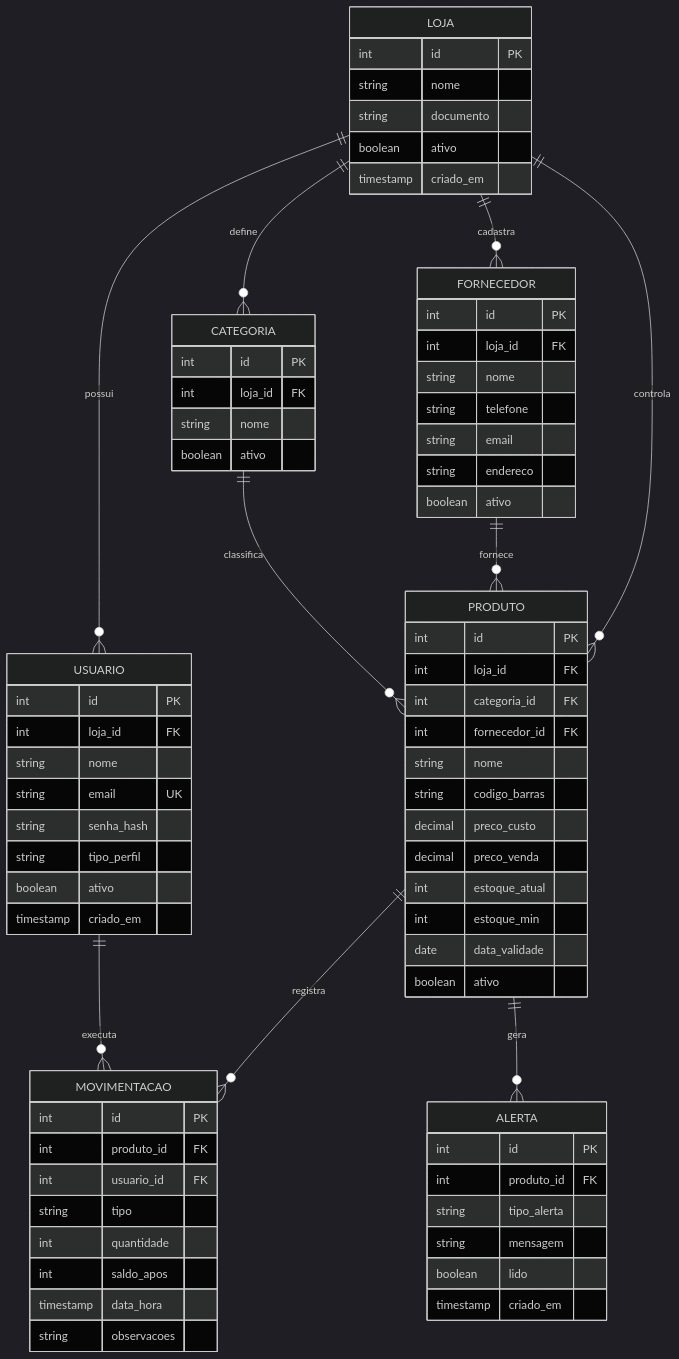
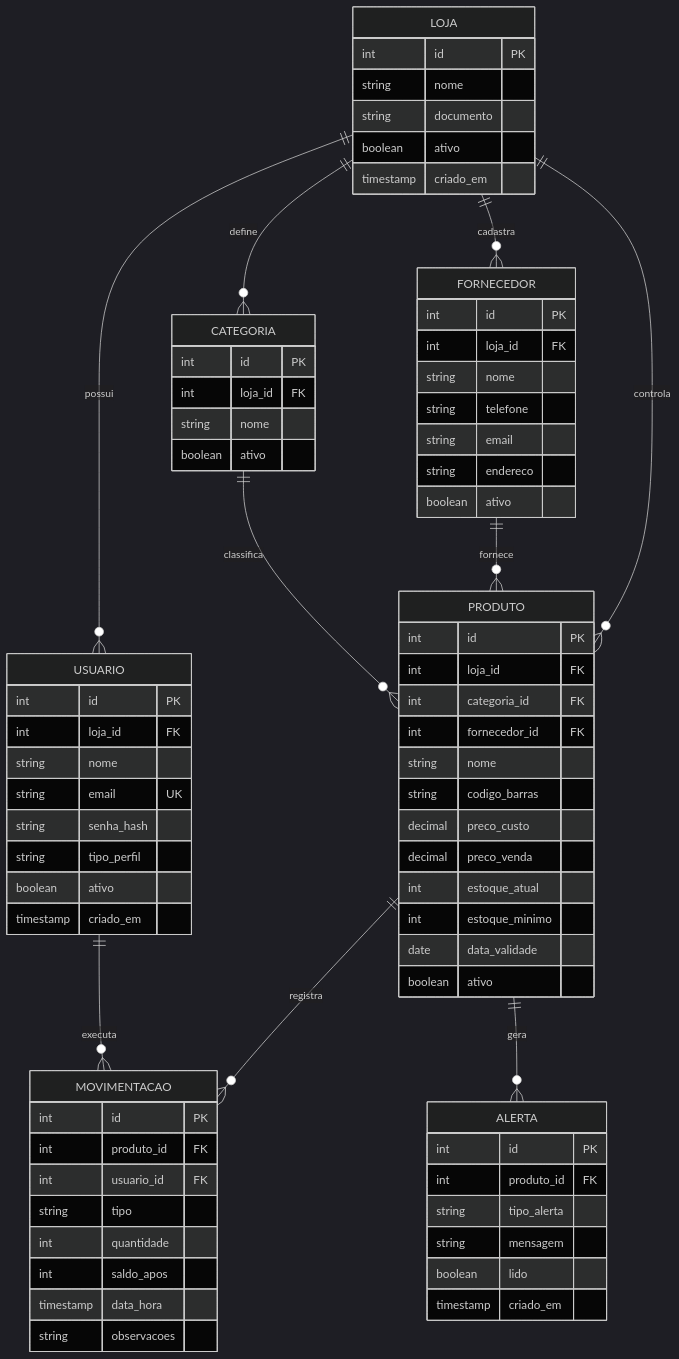
One commit to MatheusMitter/Projeto-Integrador-2026_2 changed the diagram in docs/02-modelagem-de-dados.md. Above: the diagram before and after it, drawn with Mermaid (dark theme). The commit also changed other lines of this file and 9 other files, not shown here.

````diff
--- a/docs/02-modelagem-de-dados.md
+++ b/docs/02-modelagem-de-dados.md
@@ -37,77 +47,77 @@
 ```mermaid
 erDiagram
     LOJA ||--o{ USUARIO : "possui"
     LOJA ||--o{ CATEGORIA : "define"
     LOJA ||--o{ FORNECEDOR : "cadastra"
     LOJA ||--o{ PRODUTO : "controla"
     CATEGORIA ||--o{ PRODUTO : "classifica"
     FORNECEDOR ||--o{ PRODUTO : "fornece"
     PRODUTO ||--o{ MOVIMENTACAO : "registra"
     PRODUTO ||--o{ ALERTA : "gera"
     USUARIO ||--o{ MOVIMENTACAO : "executa"
 
     LOJA {
         int id PK
         string nome
         string documento
         boolean ativo
         timestamp criado_em
     }
     USUARIO {
         int id PK
         int loja_id FK
         string nome
         string email UK
         string senha_hash
         string tipo_perfil
         boolean ativo
         timestamp criado_em
     }
     CATEGORIA {
         int id PK
         int loja_id FK
         string nome
         boolean ativo
     }
     FORNECEDOR {
         int id PK
         int loja_id FK
         string nome
         string telefone
         string email
         string endereco
         boolean ativo
     }
     PRODUTO {
         int id PK
         int loja_id FK
         int categoria_id FK
         int fornecedor_id FK
         string nome
         string codigo_barras
         decimal preco_custo
         decimal preco_venda
         int estoque_atual
-        int estoque_min
+        int estoque_minimo
         date data_validade
         boolean ativo
     }
     MOVIMENTACAO {
         int id PK
         int produto_id FK
         int usuario_id FK
         string tipo
         int quantidade
         int saldo_apos
         timestamp data_hora
         string observacoes
     }
     ALERTA {
         int id PK
         int produto_id FK
         string tipo_alerta
         string mensagem
         boolean lido
         timestamp criado_em
     }
 ```
````
